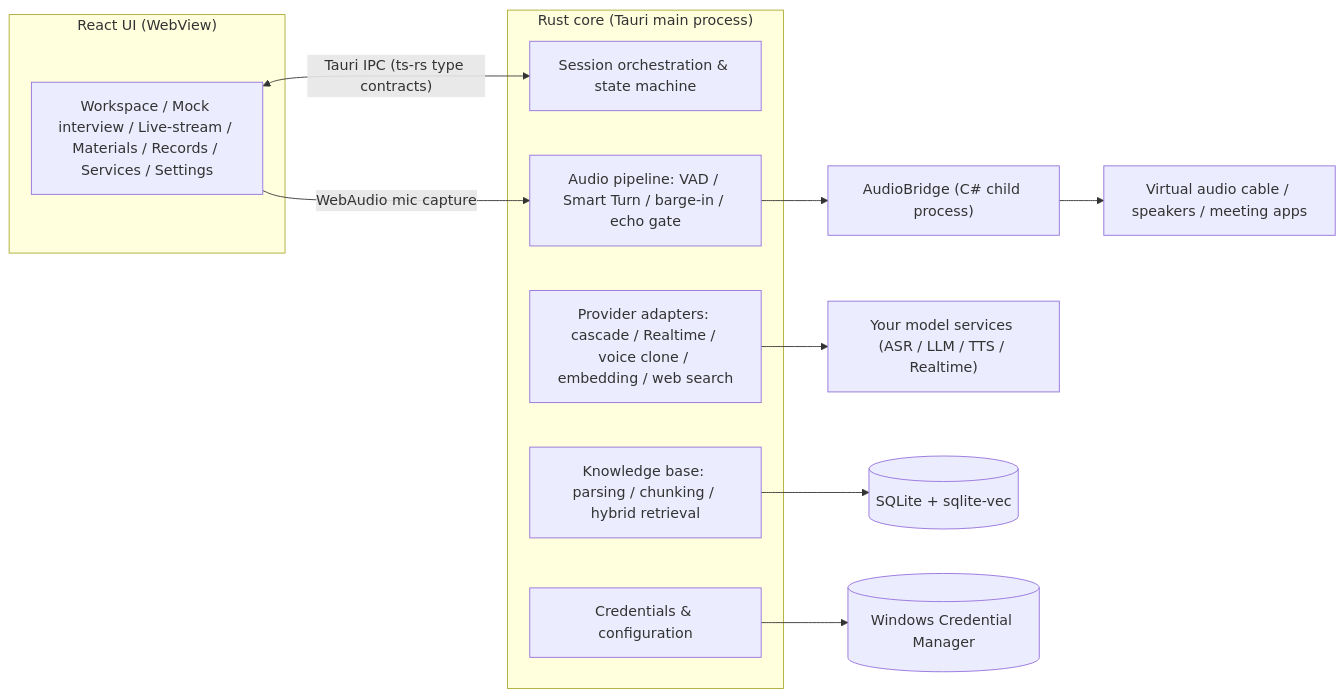
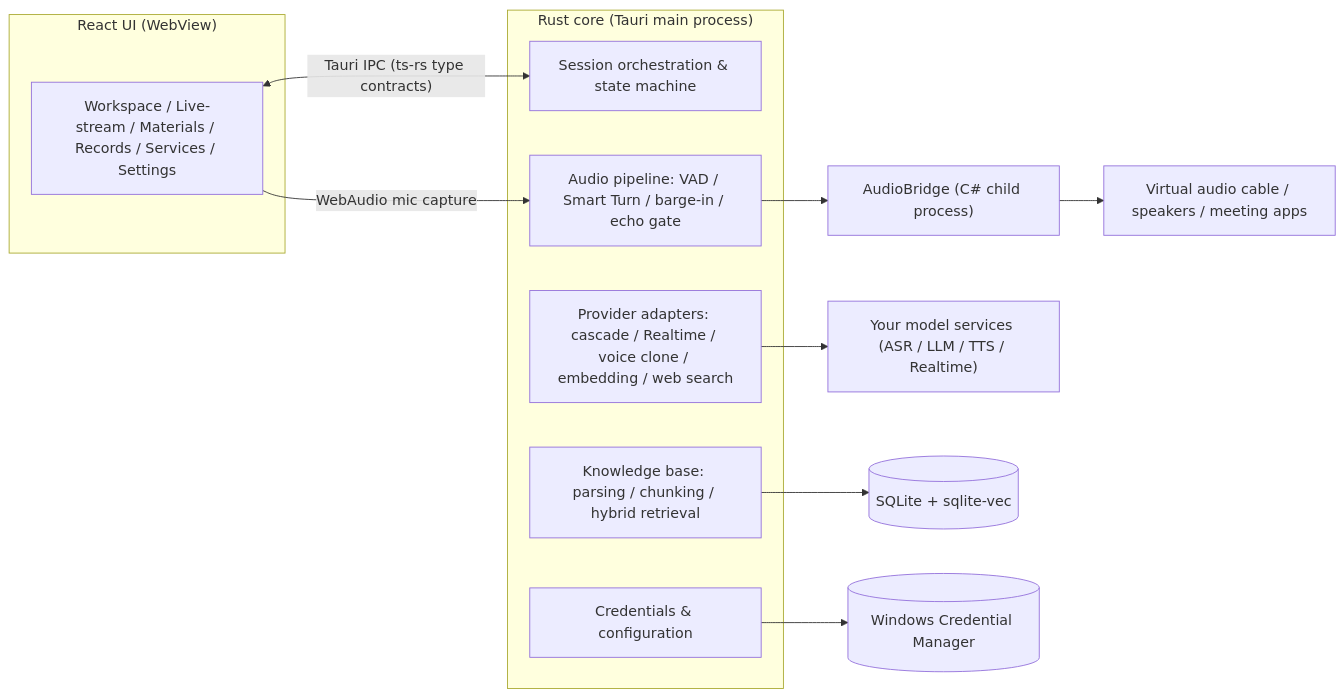
Before and after one commit to NotIntoSports/RoleAI: the diagram in README.en.md, drawn with Mermaid. The commit also changed other lines of this file and 18 other files, not shown here.

````diff
--- a/README.en.md
+++ b/README.en.md
@@ -122,20 +109,20 @@
 ```mermaid
 flowchart LR
     subgraph UI["React UI (WebView)"]
-        P["Workspace / Mock interview / Live-stream / Materials / Records / Services / Settings"]
+        P["Workspace / Live-stream / Materials / Records / Services / Settings"]
     end
     P <-->|"Tauri IPC (ts-rs type contracts)"| C
     subgraph Core["Rust core (Tauri main process)"]
         C["Session orchestration & state machine"]
         A["Audio pipeline: VAD / Smart Turn / barge-in / echo gate"]
         PV["Provider adapters: cascade / Realtime / voice clone / embedding / web search"]
         M["Knowledge base: parsing / chunking / hybrid retrieval"]
         S["Credentials & configuration"]
     end
     A --> AB["AudioBridge (C# child process)"]
     P -->|"WebAudio mic capture"| A
     AB --> DEV["Virtual audio cable / speakers / meeting apps"]
     PV --> API["Your model services (ASR / LLM / TTS / Realtime)"]
     M --> DB[("SQLite + sqlite-vec")]
     S --> CM[("Windows Credential Manager")]
 ```
````
